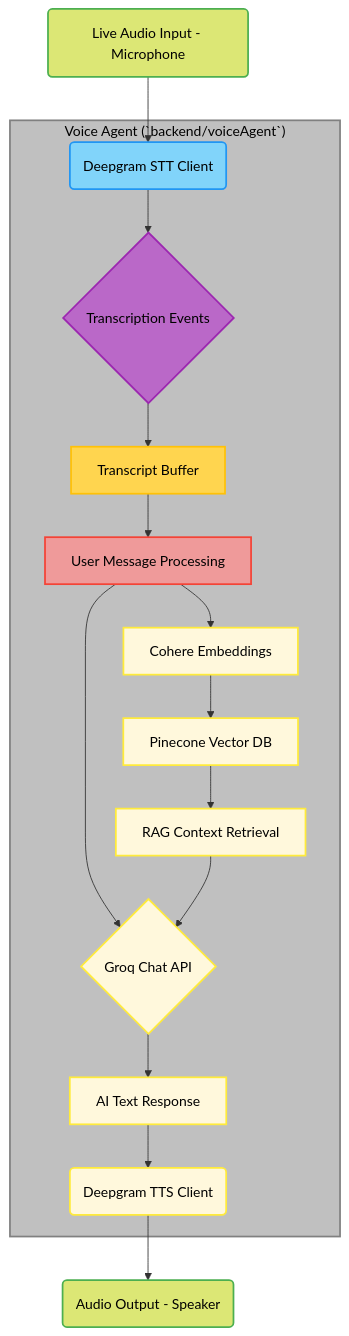
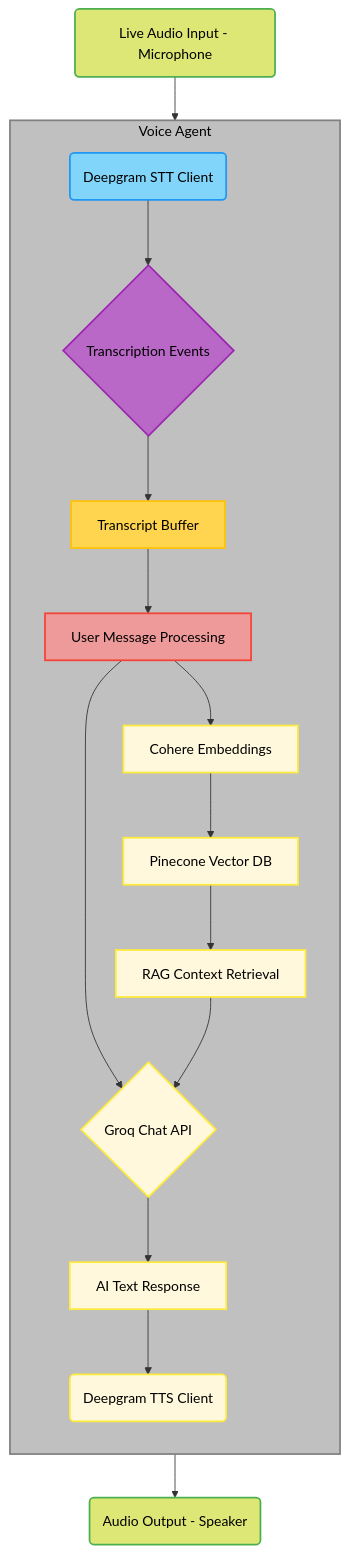
One commit to MeriemTerki/PsycheAI changed the third of 3 diagrams in backend/README.md. Above: the diagram before and after it, drawn with Mermaid.

````diff
--- a/backend/README.md
+++ b/backend/README.md
@@ -100,56 +100,57 @@
 ```mermaid
 graph TD
     InputMic(Live Audio Input - Microphone)
     DeepgramSTT(Deepgram STT Client)
     TransEvents{Transcription Events}
     TranscriptBuffer[Transcript Buffer]
     UserMsgProc[User Message Processing]
     GroqChat{Groq Chat API}
     CohereEmbed[Cohere Embeddings]
     PineconeDB[Pinecone Vector DB]
     RAGContext[RAG Context Retrieval]
     AIText[AI Text Response]
     DeepgramTTS(Deepgram TTS Client)
     OutputSpeaker(Audio Output - Speaker)
 
     InputMic --> DeepgramSTT
     DeepgramSTT --> TransEvents
     TransEvents --> TranscriptBuffer
     TranscriptBuffer --> UserMsgProc
     UserMsgProc --> GroqChat
     UserMsgProc --> CohereEmbed
     CohereEmbed --> PineconeDB
     PineconeDB --> RAGContext
     RAGContext --> GroqChat
     GroqChat --> AIText
     AIText --> DeepgramTTS
     DeepgramTTS --> OutputSpeaker
 
-    subgraph VoiceAgentModule["Voice Agent (`backend/voiceAgent`)"]
-        DeepgramSTT
-        TransEvents
-        TranscriptBuffer
-        UserMsgProc
-        GroqChat
-        CohereEmbed
-        PineconeDB
-        RAGContext
-        AIText
-        DeepgramTTS
+    subgraph voice_agent_subgraph[Voice Agent]
+        direction TD
+        DeepgramSTT(Deepgram STT Client)
+        TransEvents{Transcription Events}
+        TranscriptBuffer[Transcript Buffer]
+        UserMsgProc[User Message Processing]
+        GroqChat{Groq Chat API}
+        CohereEmbed[Cohere Embeddings]
+        PineconeDB[Pinecone Vector DB]
+        RAGContext[RAG Context Retrieval]
+        AIText[AI Text Response]
+        DeepgramTTS(Deepgram TTS Client)
     end
 
     style InputMic fill:#DCE775,stroke:#4CAF50,stroke-width:2px,color:#000000
     style OutputSpeaker fill:#DCE775,stroke:#4CAF50,stroke-width:2px,color:#000000
     style DeepgramSTT fill:#81D4FA,stroke:#2196F3,stroke-width:2px,color:#000000
     style TransEvents fill:#BA68C8,stroke:#9C27B0,stroke-width:2px,color:#000000
     style TranscriptBuffer fill:#FFD54F,stroke:#FFC107,stroke-width:2px,color:#000000
     style UserMsgProc fill:#EF9A9A,stroke:#F44336,stroke-width:2px,color:#000000
     style GroqChat fill:#FFF8DC,stroke:#FFEB3B,stroke-width:2px,color:#000000
     style CohereEmbed fill:#FFF8DC,stroke:#FFEB3B,stroke-width:2px,color:#000000
     style PineconeDB fill:#FFF8DC,stroke:#FFEB3B,stroke-width:2px,color:#000000
     style RAGContext fill:#FFF8DC,stroke:#FFEB3B,stroke-width:2px,color:#000000
     style AIText fill:#FFF8DC,stroke:#FFEB3B,stroke-width:2px,color:#000000
     style DeepgramTTS fill:#FFF8DC,stroke:#FFEB3B,stroke-width:2px,color:#000000
-    style VoiceAgentModule fill:#C0C0C0,stroke:#808080,stroke-width:2px,color:#000000
+    style voice_agent_subgraph fill:#C0C0C0,stroke:#808080,stroke-width:2px,color:#000000
 
 ```
````
